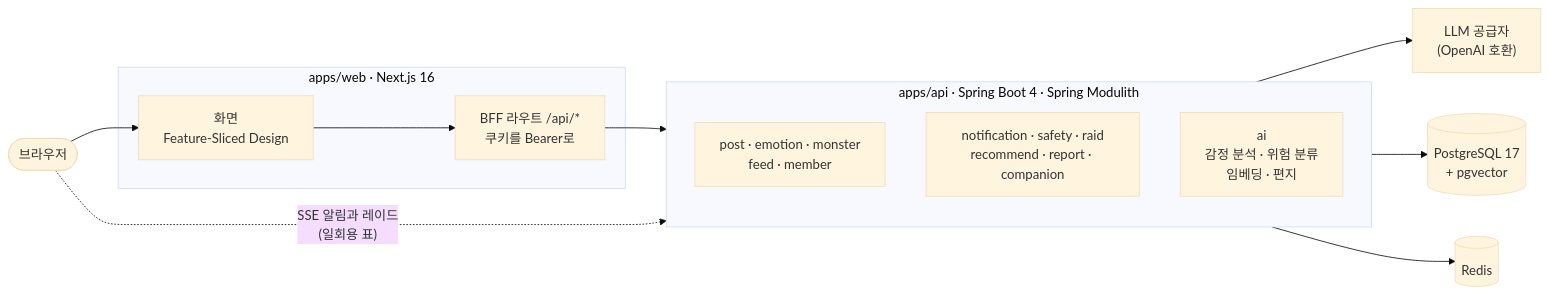
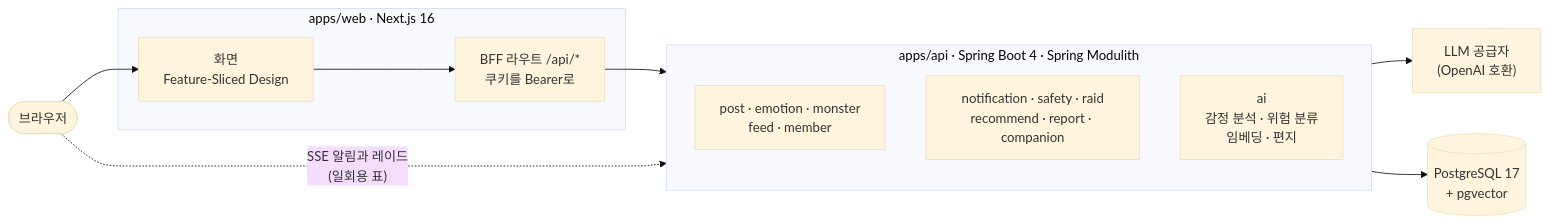
One commit to hyunolike/5959 changed the diagram in README.md. Above: the diagram before and after it, drawn with Mermaid (base theme). The commit also changed other lines of this file and 192 other files, not shown here.

````diff
--- a/README.md
+++ b/README.md
@@ -86,26 +86,24 @@
 ```mermaid
 flowchart LR
     U([브라우저])
 
     subgraph Web["apps/web · Next.js 16"]
         Pages["화면<br/>Feature-Sliced Design"]
         BFF["BFF 라우트 /api/*<br/>쿠키를 Bearer로"]
     end
 
     subgraph Api["apps/api · Spring Boot 4 · Spring Modulith"]
         direction TB
         Core["post · emotion · monster<br/>feed · member"]
         More["notification · safety · raid<br/>recommend · report · companion"]
         AI["ai<br/>감정 분석 · 위험 분류<br/>임베딩 · 편지"]
     end
 
     PG[("PostgreSQL 17<br/>+ pgvector")]
-    Redis[("Redis")]
     LLM["LLM 공급자<br/>(OpenAI 호환)"]
 
     U --> Pages --> BFF --> Api
     U -. "SSE 알림과 레이드<br/>(일회용 표)" .-> Api
     Api --> PG
-    Api --> Redis
     AI --> LLM
 ```
````
